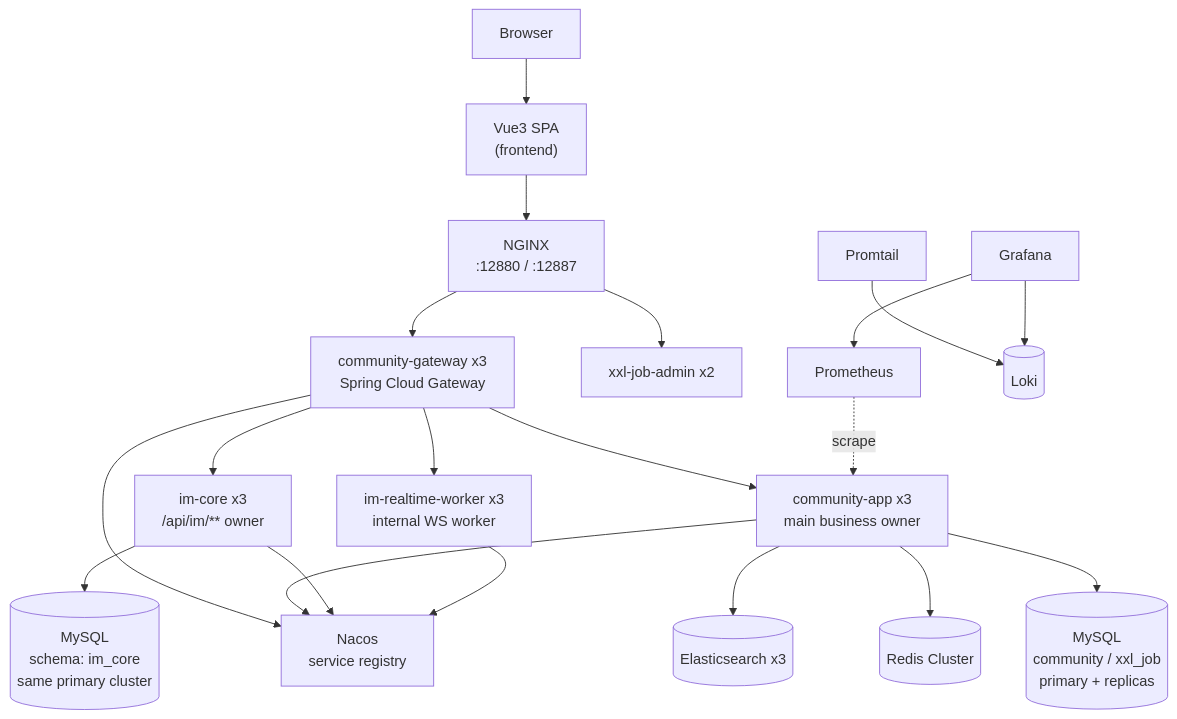
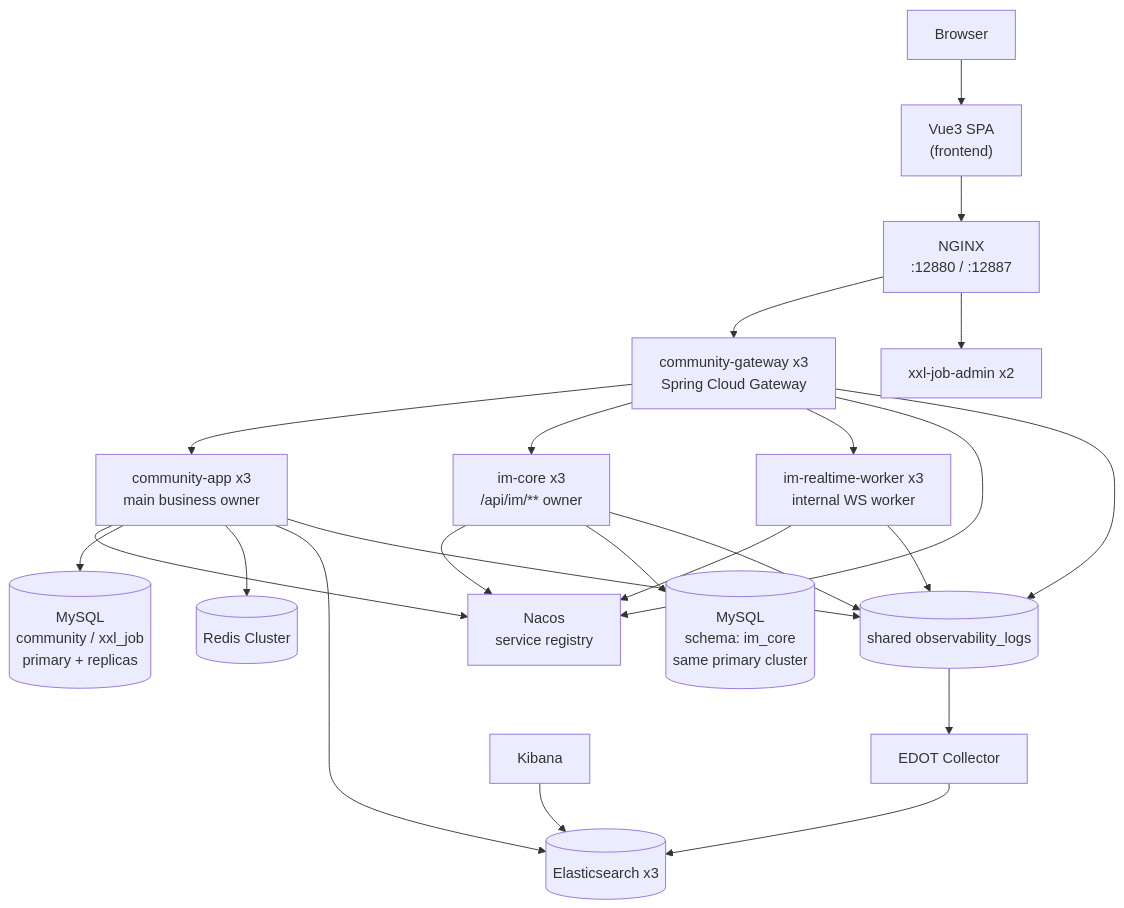
One commit to skt-shinyruo/community changed the diagram in docs/ARCHITECTURE.md. Above: the diagram before and after it, drawn with Mermaid. The commit also changed other lines of this file and 39 other files, not shown here.

````diff
--- a/docs/ARCHITECTURE.md
+++ b/docs/ARCHITECTURE.md
@@ -39,24 +38,27 @@
 ```mermaid
 flowchart TD
     Browser[Browser] --> FE["Vue3 SPA<br/>(frontend)"]
     FE --> NGINX["NGINX<br/>:12880 / :12887"]
     NGINX --> GW["community-gateway x3<br/>Spring Cloud Gateway"]
     NGINX --> XXL["xxl-job-admin x2"]
     GW --> APP["community-app x3<br/>main business owner"]
     GW --> IMCORE["im-core x3<br/>/api/im/** owner"]
     GW --> IMRT["im-realtime-worker x3<br/>internal WS worker"]
     GW --> NACOS["Nacos<br/>service registry"]
     APP --> NACOS
     IMCORE --> NACOS
     IMRT --> NACOS
 
     APP --> MySQL[(MySQL<br/>community / xxl_job<br/>primary + replicas)]
     IMCORE --> IMMySQL[(MySQL<br/>schema: im_core<br/>same primary cluster)]
     APP --> Redis[(Redis Cluster)]
     APP --> ES[(Elasticsearch x3)]
 
-    Prom[Prometheus] -. scrape .-> APP
-    Logs[Promtail] --> Loki[(Loki)]
-    Grafana[Grafana] --> Loki
-    Grafana --> Prom
+    APP --> FileLogs[(shared observability_logs)]
+    IMCORE --> FileLogs
+    IMRT --> FileLogs
+    GW --> FileLogs
+    FileLogs --> Collector[EDOT Collector]
+    Collector --> ES
+    Kibana[Kibana] --> ES
 ```
````
